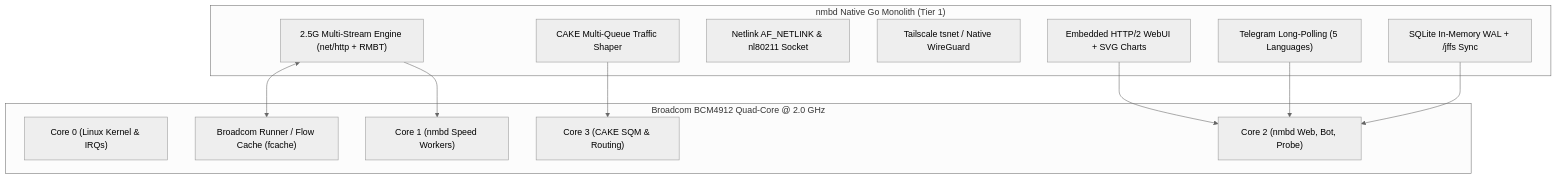
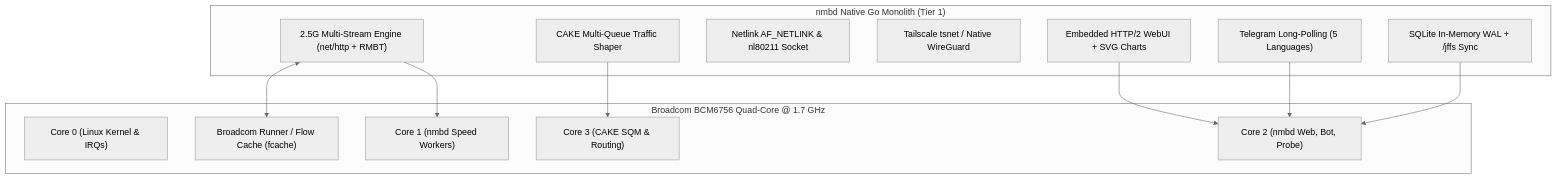
One commit to 4r04x4t/NetworkMeasureBox changed the second of 4 diagrams in docs/ROUTER_PORTING_AND_DEPYTHONIZATION_PLAN.md. Above: the diagram before and after it, drawn with Mermaid (neutral theme). The commit also changed other lines of this file and 5 other files, not shown here.

Commit message:
fix(web,docs): fix mobile subnav tab wrapping and small charts, update router hardware specs to verified WikiDevi entries

````diff
--- a/docs/ROUTER_PORTING_AND_DEPYTHONIZATION_PLAN.md
+++ b/docs/ROUTER_PORTING_AND_DEPYTHONIZATION_PLAN.md
@@ -118,25 +129,25 @@
 ```mermaid
 flowchart TD
-    subgraph HW["Broadcom BCM4912 Quad-Core @ 2.0 GHz"]
+    subgraph HW["Broadcom BCM6756 Quad-Core @ 1.7 GHz"]
         CPU0["Core 0 (Linux Kernel & IRQs)"]
         CPU1["Core 1 (nmbd Speed Workers)"]
         CPU2["Core 2 (nmbd Web, Bot, Probe)"]
         CPU3["Core 3 (CAKE SQM & Routing)"]
         RUNNER["Broadcom Runner / Flow Cache (fcache)"]
     end
 
     subgraph NMB["nmbd Native Go Monolith (Tier 1)"]
         SPEED["2.5G Multi-Stream Engine (net/http + RMBT)"]
         SQM["CAKE Multi-Queue Traffic Shaper"]
         NETLINK["Netlink AF_NETLINK & nl80211 Socket"]
         TS["Tailscale tsnet / Native WireGuard"]
         WEB["Embedded HTTP/2 WebUI + SVG Charts"]
         BOT["Telegram Long-Polling (5 Languages)"]
         DB["SQLite In-Memory WAL + /jffs Sync"]
     end
 
     SPEED <--> RUNNER
     SPEED --> CPU1
     SQM --> CPU3
     WEB & BOT & DB --> CPU2
 ```
````
